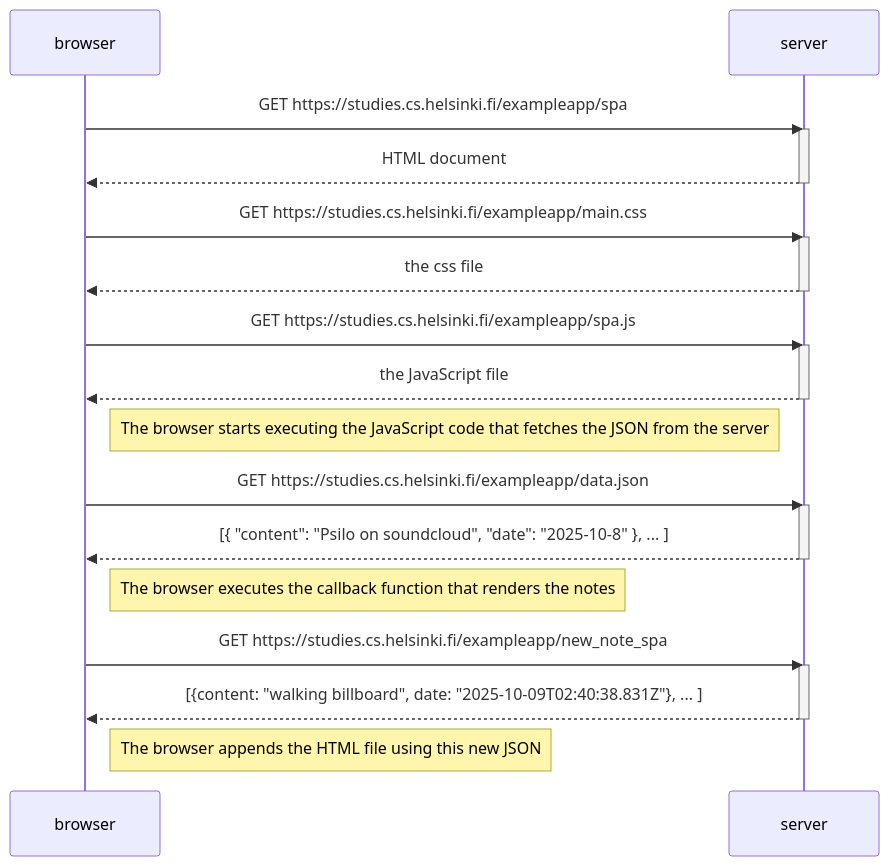
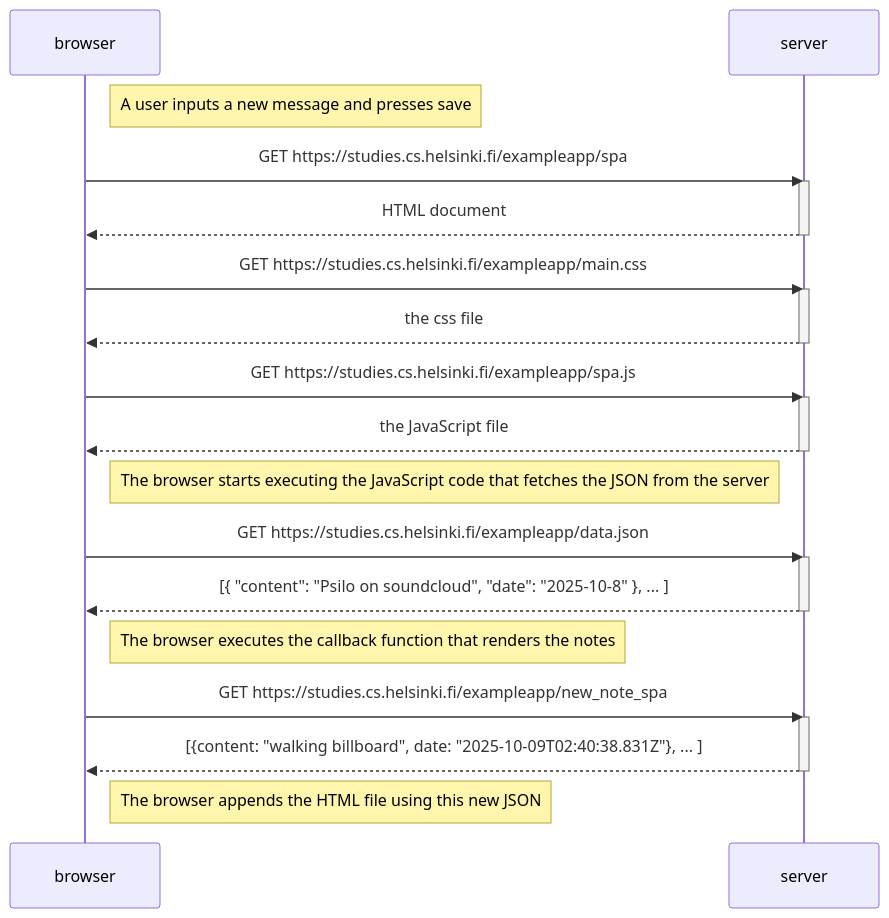
One commit to astoaks05/fullstackopen changed the diagram in part0/0.6-new-note-single-page-diagram.md. Above: the diagram before and after it, drawn with Mermaid.

Commit message:
Add a note about  the user action

````diff
--- a/part0/0.6-new-note-single-page-diagram.md
+++ b/part0/0.6-new-note-single-page-diagram.md
@@ -1,36 +1,38 @@
 ```mermaid
 sequenceDiagram
     participant browser
     participant server
+
+    Note right of browser: A user inputs a new message and presses save
 
     browser->>server: GET https://studies.cs.helsinki.fi/exampleapp/spa
     activate server
     server-->>browser: HTML document
     deactivate server
 
     browser->>server: GET https://studies.cs.helsinki.fi/exampleapp/main.css
     activate server
     server-->>browser: the css file
     deactivate server
 
     browser->>server: GET https://studies.cs.helsinki.fi/exampleapp/spa.js
     activate server
     server-->>browser: the JavaScript file
     deactivate server
 
     Note right of browser: The browser starts executing the JavaScript code that fetches the JSON from the server
 
     browser->>server: GET https://studies.cs.helsinki.fi/exampleapp/data.json
     activate server
     server-->>browser: [{ "content": "Psilo on soundcloud", "date": "2025-10-8" }, ... ]
     deactivate server
 
     Note right of browser: The browser executes the callback function that renders the notes
 
     browser->>server: GET https://studies.cs.helsinki.fi/exampleapp/new_note_spa
     activate server
     server-->>browser: [{content: "walking billboard", date: "2025-10-09T02:40:38.831Z"}, ... ]
     deactivate server
 
     Note right of browser: The browser appends the HTML file using this new JSON
 ```
````
